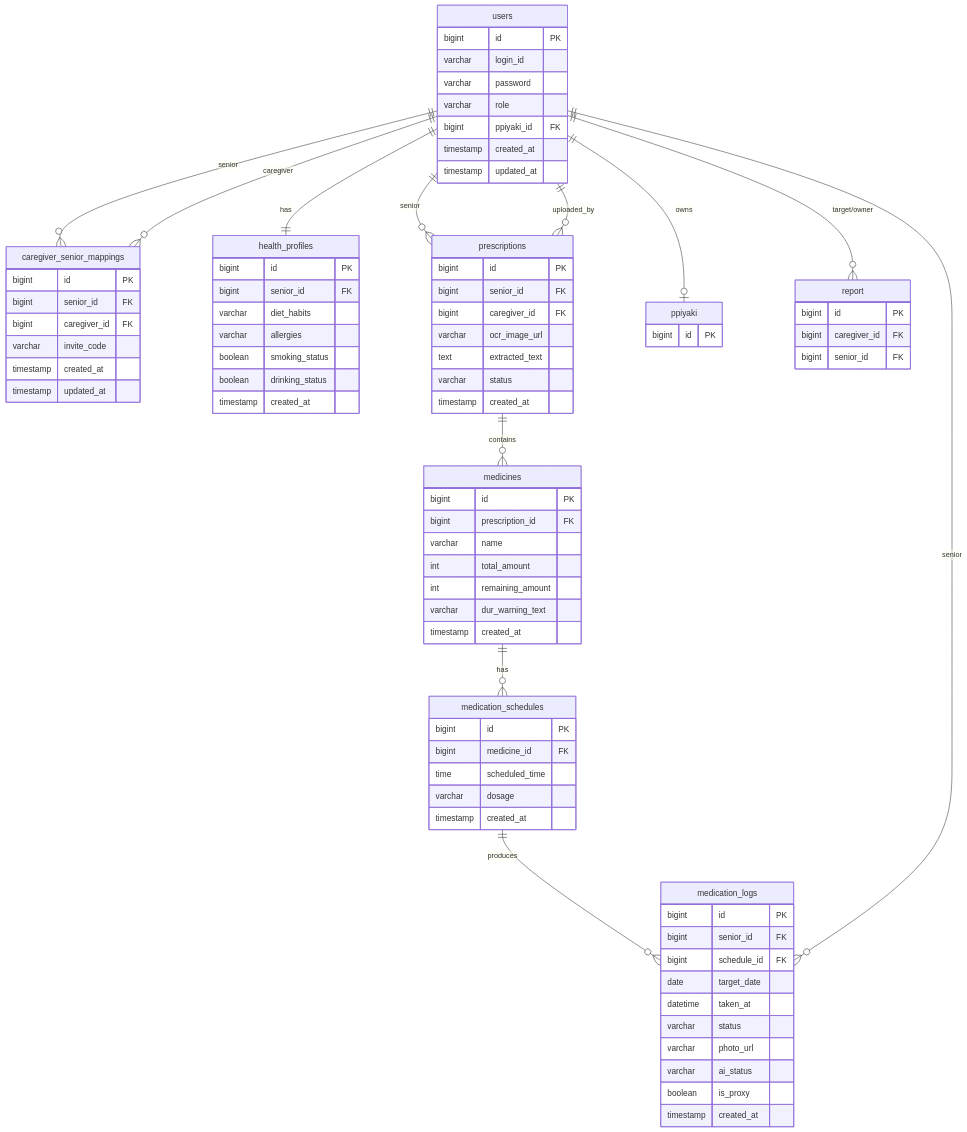
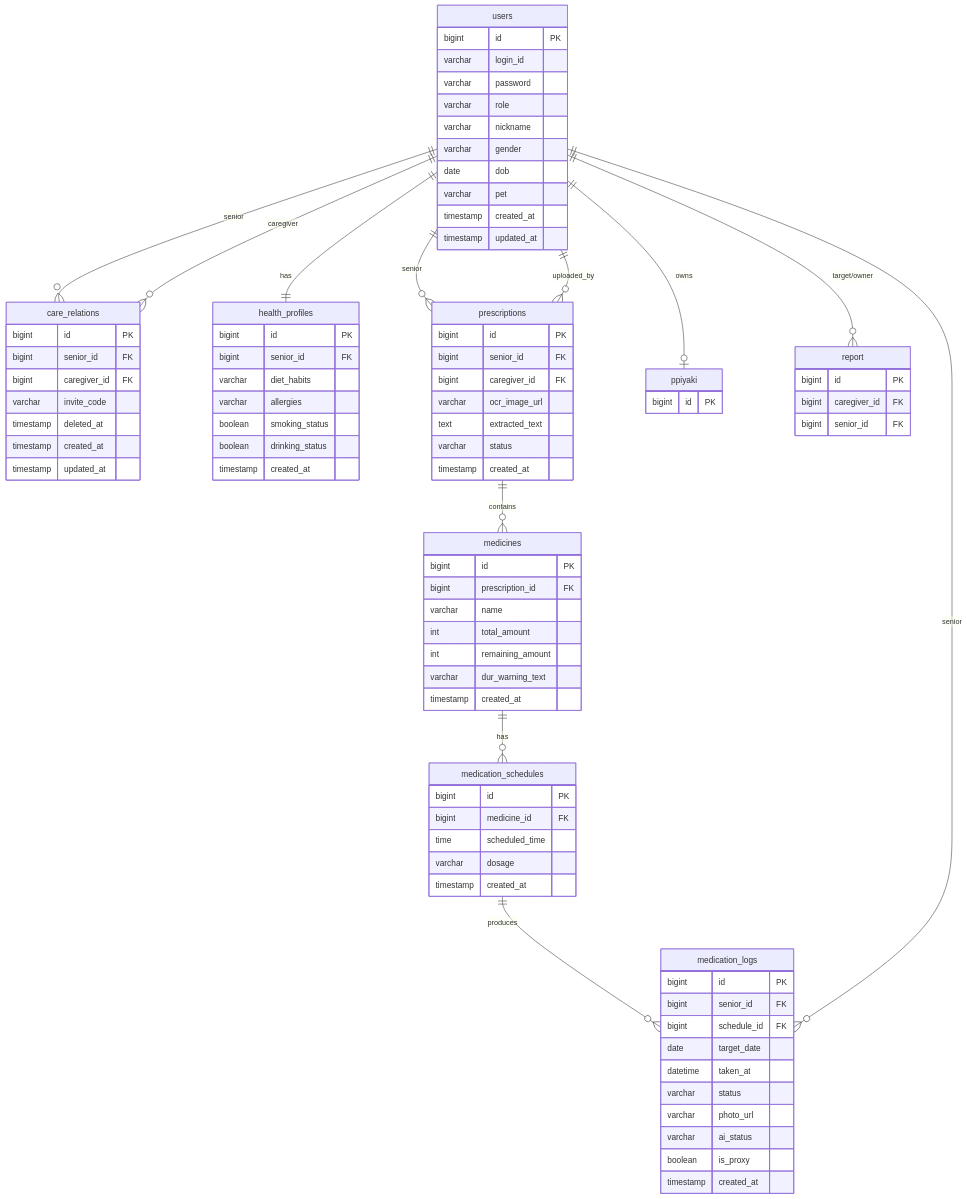
The diagram in docs/ai-harness/06-domain-model.md (ppiyaki/ppiyaki-backend), drawn with Mermaid before and after one commit. The commit also changed other lines of this file, not shown here.

First line of the commit message:
docs(infra): ERD 변경 반영 (users/care_relations 스키마 업데이트)

````diff
--- a/docs/ai-harness/06-domain-model.md
+++ b/docs/ai-harness/06-domain-model.md
@@ -189,7 +193,7 @@
 ```mermaid
 erDiagram
-    users ||--o{ caregiver_senior_mappings : "senior"
-    users ||--o{ caregiver_senior_mappings : "caregiver"
+    users ||--o{ care_relations : "senior"
+    users ||--o{ care_relations : "caregiver"
     users ||--|| health_profiles : "has"
     users ||--o{ prescriptions : "senior"
     users ||--o{ prescriptions : "uploaded_by"
@@ -205,15 +209,19 @@
         varchar login_id
         varchar password
         varchar role
-        bigint ppiyaki_id FK
+        varchar nickname
+        varchar gender
+        date dob
+        varchar pet
         timestamp created_at
         timestamp updated_at
     }
-    caregiver_senior_mappings {
+    care_relations {
         bigint id PK
         bigint senior_id FK
         bigint caregiver_id FK
         varchar invite_code
+        timestamp deleted_at
         timestamp created_at
         timestamp updated_at
     }
````
